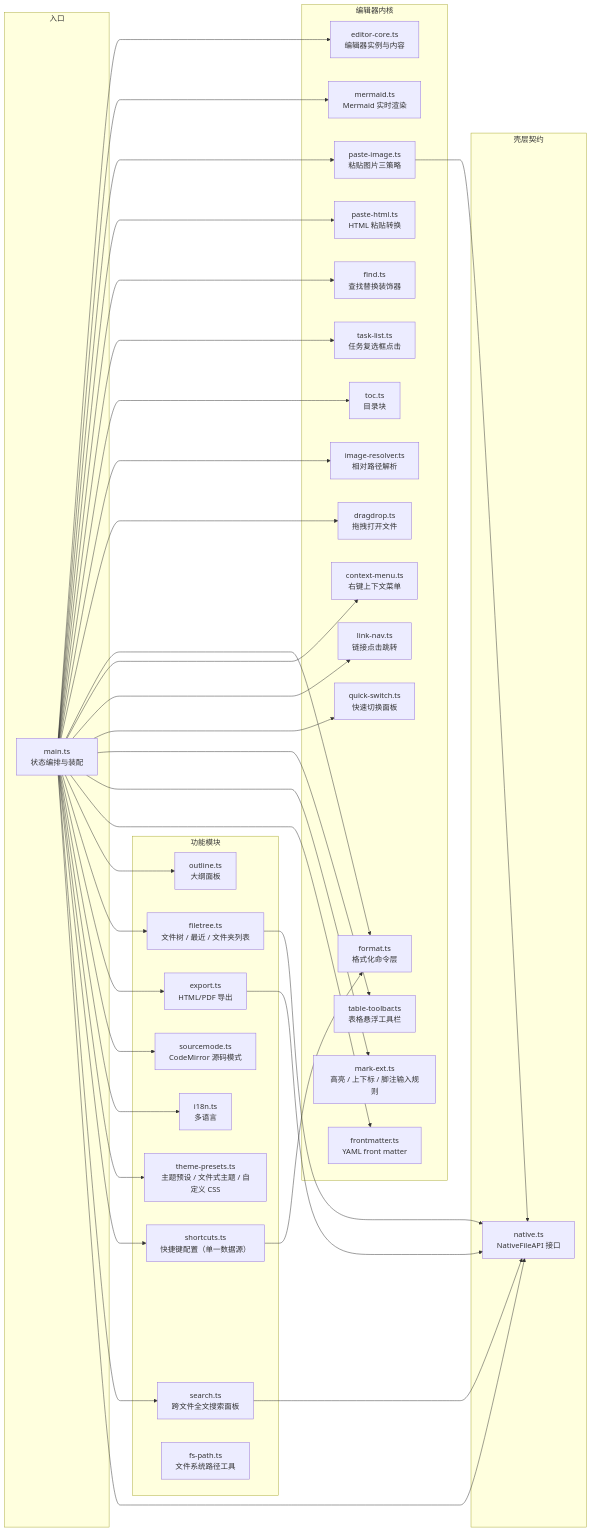
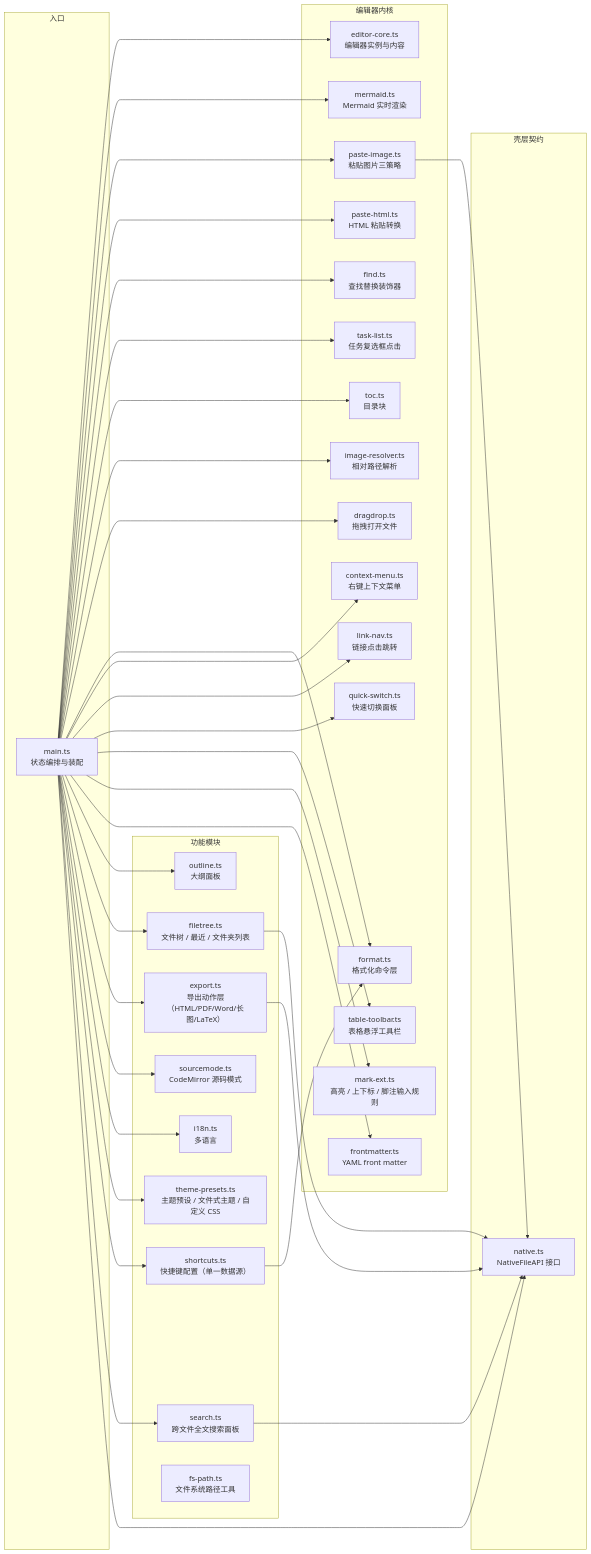
Before and after one commit to ChiangyangNPU/tmd: the third of 4 diagrams in docs/架构设计.md, drawn with Mermaid. The commit also changed 6 other files, not shown here.

````diff
--- a/docs/架构设计.md
+++ b/docs/架构设计.md
@@ -88,72 +88,72 @@
 ```mermaid
 flowchart LR
     subgraph 入口
         MAIN[main.ts<br/>状态编排与装配]
     end
 
     subgraph 编辑器内核
         EDITOR[editor-core.ts<br/>编辑器实例与内容]
         MERMAID[mermaid.ts<br/>Mermaid 实时渲染]
         PASTE[paste-image.ts<br/>粘贴图片三策略]
         PASTEHTML[paste-html.ts<br/>HTML 粘贴转换]
         FIND[find.ts<br/>查找替换装饰器]
         TASK[task-list.ts<br/>任务复选框点击]
         TOC[toc.ts<br/>目录块]
         IMGRES[image-resolver.ts<br/>相对路径解析]
         DROP[dragdrop.ts<br/>拖拽打开文件]
         FMT[format.ts<br/>格式化命令层]
         CTXMENU[context-menu.ts<br/>右键上下文菜单]
         LINKNAV[link-nav.ts<br/>链接点击跳转]
         QS[quick-switch.ts<br/>快速切换面板]
         TT[table-toolbar.ts<br/>表格悬浮工具栏]
         MARKEXT[mark-ext.ts<br/>高亮 / 上下标 / 脚注输入规则]
         FM[frontmatter.ts<br/>YAML front matter]
     end
 
     subgraph 功能模块
         OUTLINE[outline.ts<br/>大纲面板]
         TREE[filetree.ts<br/>文件树 / 最近 / 文件夹列表]
-        EX[export.ts<br/>HTML/PDF 导出]
+        EX[export.ts<br/>导出动作层（HTML/PDF/Word/长图/LaTeX）]
         SRC[sourcemode.ts<br/>CodeMirror 源码模式]
         I18N[i18n.ts<br/>多语言]
         THEMEPRESET[theme-presets.ts<br/>主题预设 / 文件式主题 / 自定义 CSS]
         SHORTCUTS[shortcuts.ts<br/>快捷键配置（单一数据源）]
         SEARCH[search.ts<br/>跨文件全文搜索面板]
         FSPATH[fs-path.ts<br/>文件系统路径工具]
     end
 
     subgraph 壳层契约
         NATIVE[native.ts<br/>NativeFileAPI 接口]
     end
 
     MAIN --> EDITOR
     MAIN --> MERMAID
     MAIN --> PASTE
     MAIN --> PASTEHTML
     MAIN --> FIND
     MAIN --> TASK
     MAIN --> TOC
     MAIN --> IMGRES
     MAIN --> DROP
     MAIN --> FMT
     MAIN --> CTXMENU
     MAIN --> LINKNAV
     MAIN --> QS
     MAIN --> TT
     MAIN --> MARKEXT
     MAIN --> FM
     MAIN --> OUTLINE
     MAIN --> TREE
     MAIN --> EX
     MAIN --> SRC
     MAIN --> I18N
     MAIN --> THEMEPRESET
     MAIN --> SHORTCUTS
     MAIN --> SEARCH
     MAIN --> NATIVE
     EX --> NATIVE
     TREE --> NATIVE
     PASTE --> NATIVE
     SHORTCUTS --> FMT
     SEARCH --> NATIVE
 ```
````
